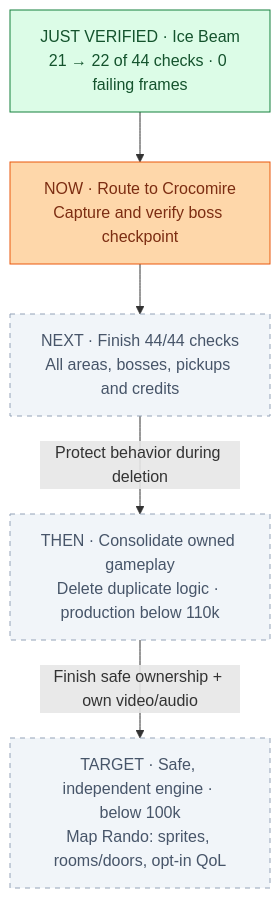
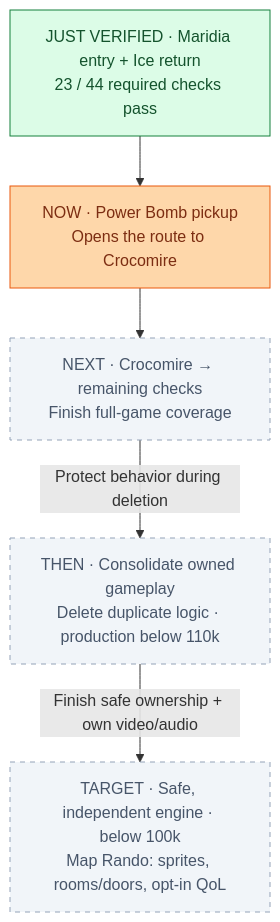
Before and after one commit to JimLundin/sm-decomp: the diagram in PROGRESS.md, drawn with Mermaid. The commit also changed other lines of this file and 4 other files, not shown here.

````diff
--- a/PROGRESS.md
+++ b/PROGRESS.md
@@ -3,14 +3,14 @@
 ```mermaid
 flowchart TB
-    DONE["JUST VERIFIED · Ice Beam<br/>21 → 22 of 44 checks · 0 failing frames"]:::done
-    NOW["NOW · Route to Crocomire<br/>Capture and verify boss checkpoint"]:::active
-    NEXT["NEXT · Finish 44/44 checks<br/>All areas, bosses, pickups and credits"]:::pending
+    DONE["JUST VERIFIED · Maridia entry + Ice return<br/>23 / 44 required checks pass"]:::done
+    NOW["NOW · Power Bomb pickup<br/>Opens the route to Crocomire"]:::active
+    NEXT["NEXT · Crocomire → remaining checks<br/>Finish full-game coverage"]:::pending
     DELETE["THEN · Consolidate owned gameplay<br/>Delete duplicate logic · production below 110k"]:::pending
     TARGET["TARGET · Safe, independent engine · below 100k<br/>Map Rando: sprites, rooms/doors, opt-in QoL"]:::pending
     DONE --> NOW --> NEXT
     NEXT -->|Protect behavior during deletion| DELETE
     DELETE -->|Finish safe ownership + own video/audio| TARGET
     classDef done fill:#dcfce7,stroke:#15803d,color:#14532d
     classDef active fill:#fed7aa,stroke:#ea580c,color:#7c2d12
     classDef pending fill:#f1f5f9,stroke:#94a3b8,color:#475569,stroke-dasharray:5 5
 ```
````
